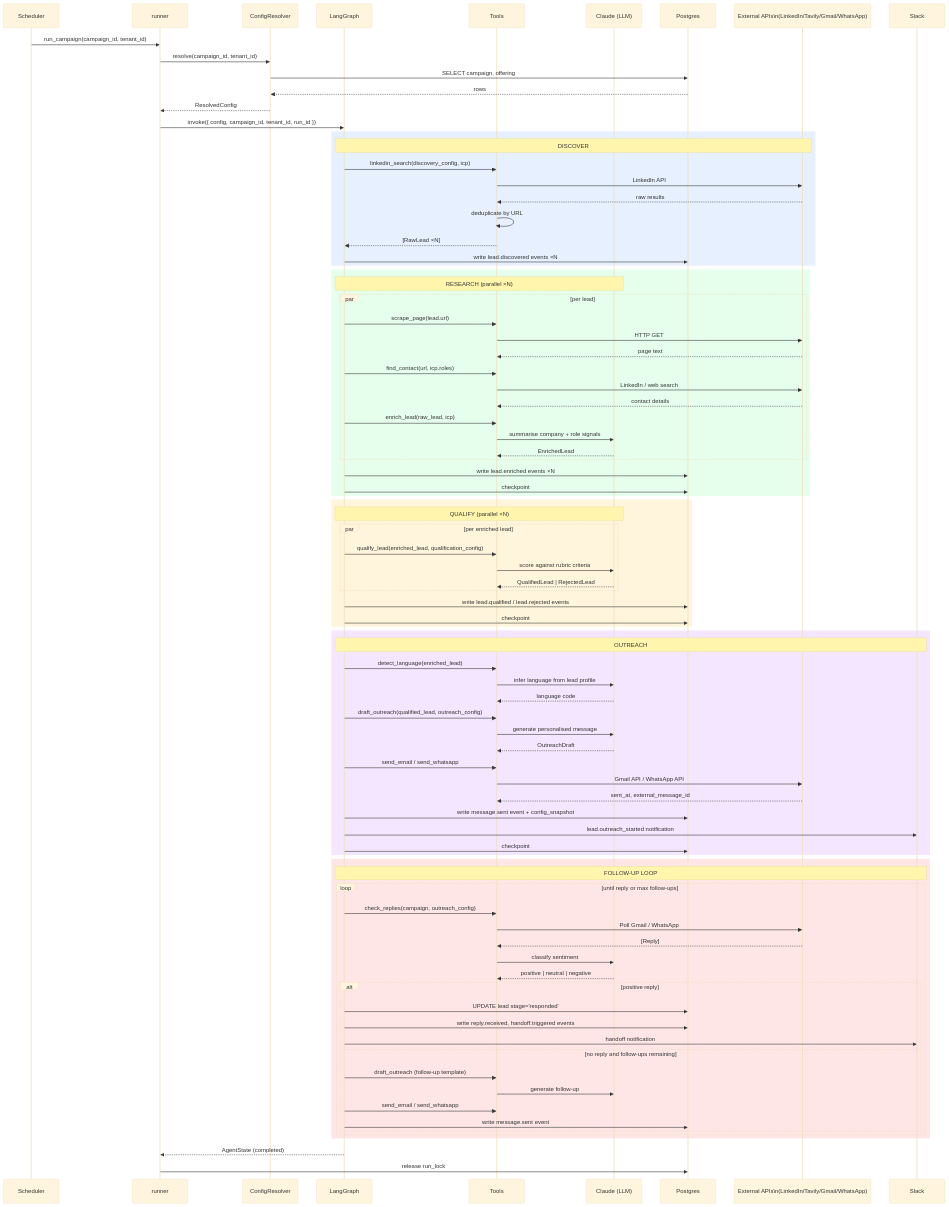
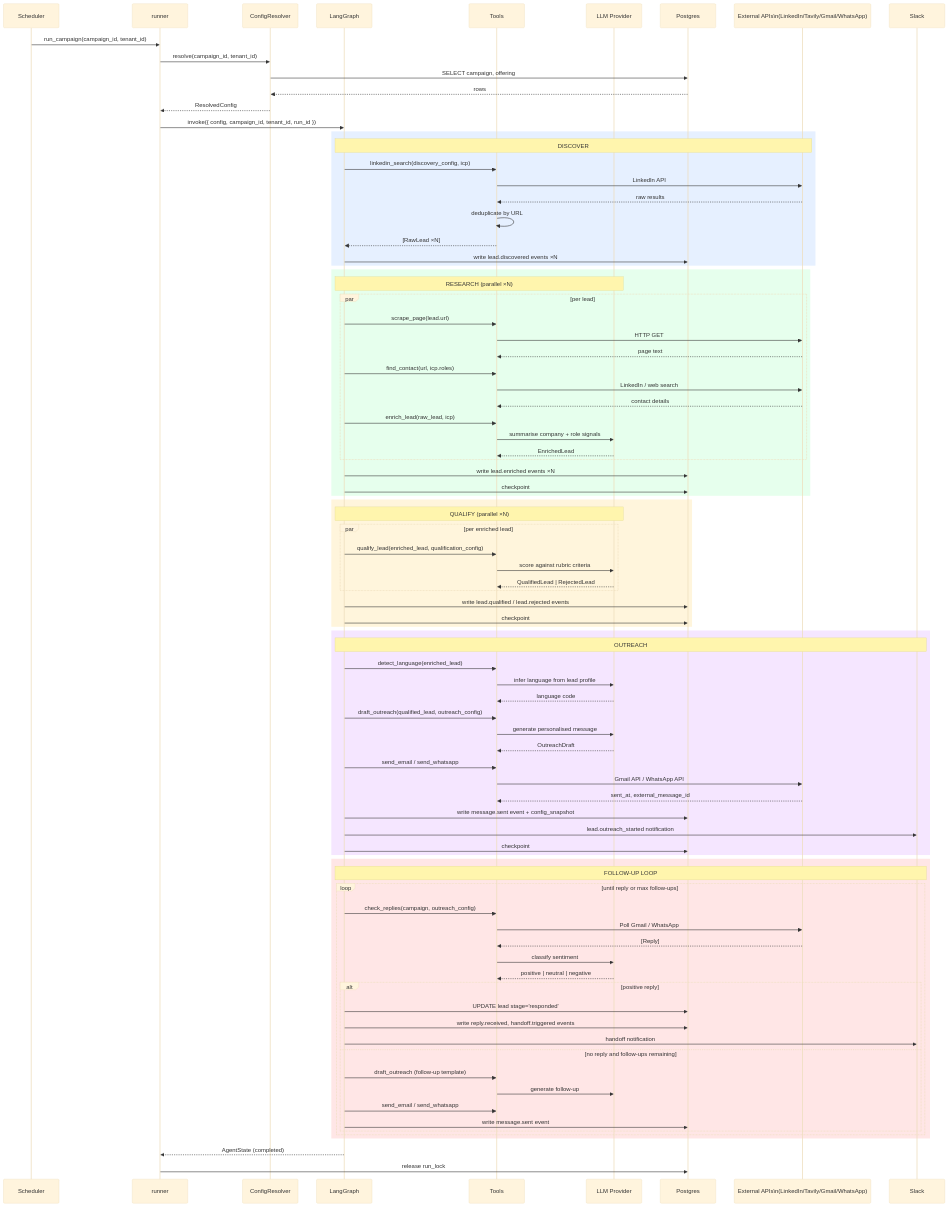
The third of 3 diagrams in spec/product/10-agent-graph.md (smallTechOrg/sales-agent), drawn with Mermaid (base theme) before and after one commit. The commit also changed 6 other files, not shown here.

First line of the commit message:
spec: update phases, tech-stack, architecture, config, cli, graph, ui specs

```diff
--- a/spec/product/10-agent-graph.md
+++ b/spec/product/10-agent-graph.md
@@ -277,7 +277,7 @@
     participant CR     as ConfigResolver
     participant Graph  as LangGraph
     participant Tools  as Tools
-    participant LLM    as Claude (LLM)
+    participant LLM    as LLM Provider
     participant DB     as Postgres
     participant Ext    as External APIs\n(LinkedIn/Tavily/Gmail/WhatsApp)
     participant Slack  as Slack
```
